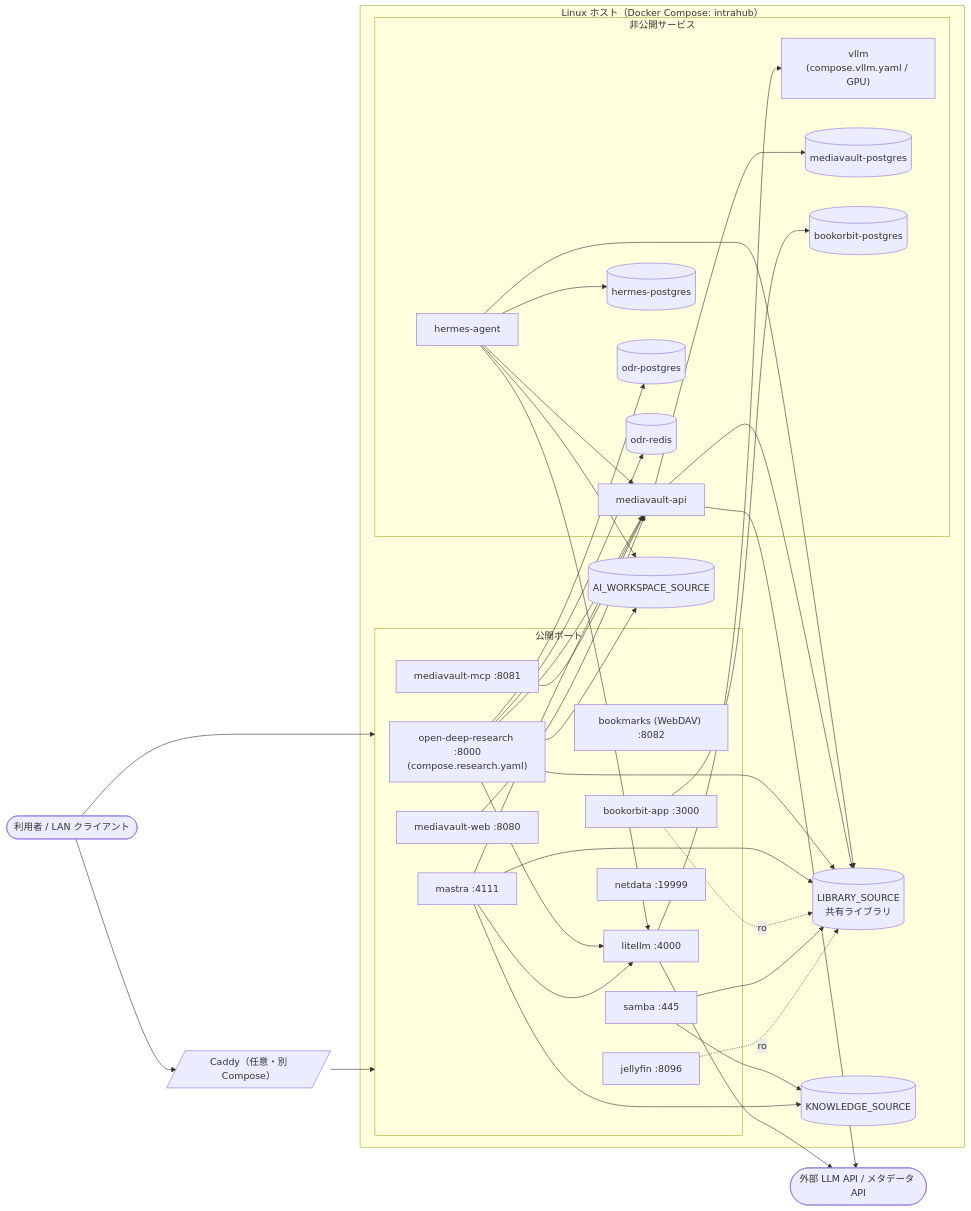
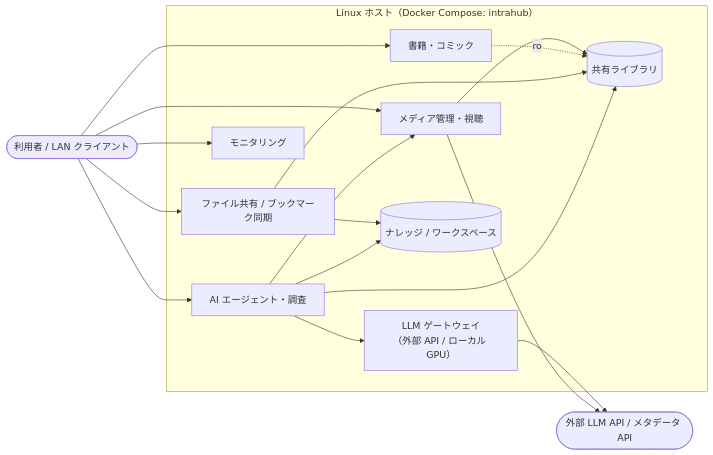
Before and after one commit to aoton0029/_intrahub: the diagram in README.md, drawn with Mermaid. The commit also changed other lines of this file, not shown here.

First line of the commit message:
docs: rewrite README architecture and feature sections

````diff
--- a/README.md
+++ b/README.md
@@ -7,70 +7,28 @@
 ```mermaid
 flowchart LR
   client([利用者 / LAN クライアント])
-  proxy[/"Caddy（任意・別Compose）"/]
 
   subgraph host["Linux ホスト（Docker Compose: intrahub）"]
-    subgraph pub["公開ポート"]
-      web["mediavault-web :8080"]
-      book["bookmarks (WebDAV) :8082"]
-      orbit["bookorbit-app :3000"]
-      jelly["jellyfin :8096"]
-      lite["litellm :4000"]
-      mastra["mastra :4111"]
-      net["netdata :19999"]
-      smb["samba :445"]
-      mcp["mediavault-mcp :8081"]
-      odr["open-deep-research :8000<br/>(compose.research.yaml)"]
-    end
+    media["メディア管理・視聴"]
+    books["書籍・コミック"]
+    files["ファイル共有 / ブックマーク同期"]
+    ai["AI エージェント・調査"]
+    llm["LLM ゲートウェイ<br/>（外部 API / ローカル GPU）"]
+    mon["モニタリング"]
 
-    subgraph internal["非公開サービス"]
-      api["mediavault-api"]
-      hermes["hermes-agent"]
-      vllm["vllm<br/>(compose.vllm.yaml / GPU)"]
-      mvdb[("mediavault-postgres")]
-      obdb[("bookorbit-postgres")]
-      hedb[("hermes-postgres")]
-      odrdb[("odr-postgres")]
-      odrredis[("odr-redis")]
-    end
-
-    lib[("LIBRARY_SOURCE<br/>共有ライブラリ")]
-    ws[("AI_WORKSPACE_SOURCE")]
-    kn[("KNOWLEDGE_SOURCE")]
+    lib[("共有ライブラリ")]
+    kn[("ナレッジ / ワークスペース")]
   end
 
   ext([外部 LLM API / メタデータ API])
 
-  client --> proxy --> pub
-  client --> pub
-
-  web --> api
-  api --> mvdb
-  mcp --> api
-  orbit --> obdb
-  hermes --> hedb
-  odr --> odrdb
-  odr --> odrredis
-
-  mastra --> lite
-  hermes --> lite
-  odr --> lite
-  mastra --> api
-  hermes --> api
-  odr --> api
-  lite --> vllm
-  lite --> ext
-  api --> ext
-
-  jelly -. ro .-> lib
-  smb --> lib
-  orbit -. ro .-> lib
-  api --> lib
-  mastra --> lib
-  hermes --> lib
-  odr --> lib
-  mastra --> kn
-  hermes --> ws
-  odr --> ws
-  smb --> kn
+  client --> media & books & files & ai & mon
+  media --> lib
+  books -. ro .-> lib
+  files --> lib & kn
+  ai --> llm
+  ai --> media
+  ai --> lib & kn
+  llm --> ext
+  media --> ext
 ```
````
